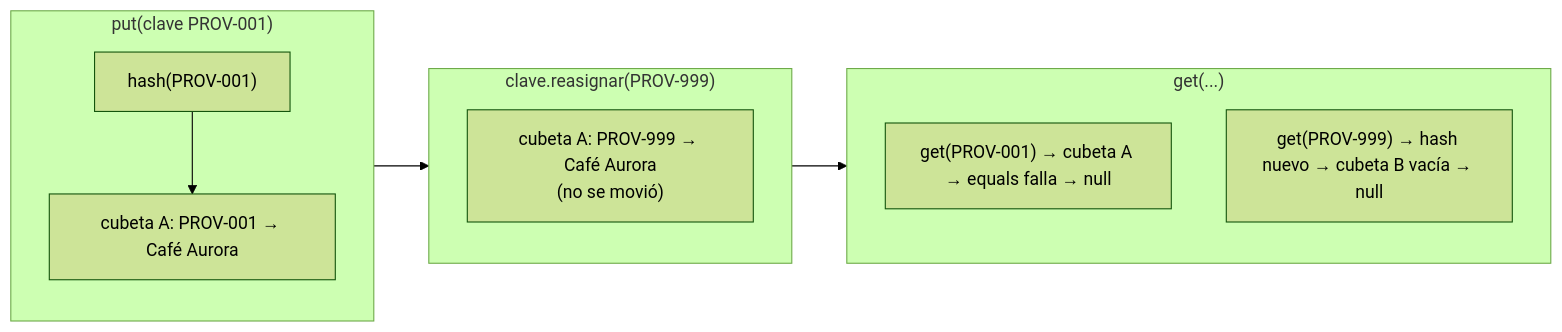
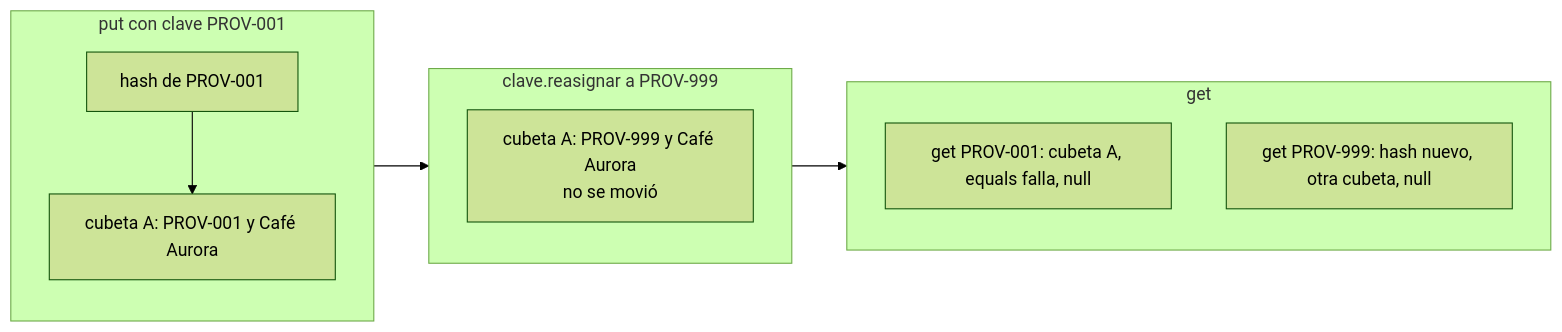
Before and after one commit to NICORUIZ93/The_Imperial_Book: the third of 6 diagrams in web/public/content/java/modulo-2.md, drawn with Mermaid (forest theme). The commit also changed other lines of this file and 65 other files, not shown here.

````diff
--- a/web/public/content/java/modulo-2.md
+++ b/web/public/content/java/modulo-2.md
@@ -804,14 +1023,14 @@
 ```mermaid
 flowchart LR
-  subgraph Antes["put(clave PROV-001)"]
-    H1["hash(PROV-001)"] --> B1["cubeta A: PROV-001 → Café Aurora"]
+  subgraph Antes["put con clave PROV-001"]
+    H1["hash de PROV-001"] --> B1["cubeta A: PROV-001 y Café Aurora"]
   end
-  subgraph Despues["clave.reasignar(PROV-999)"]
-    B2["cubeta A: PROV-999 → Café Aurora<br/>(no se movió)"]
+  subgraph Despues["clave.reasignar a PROV-999"]
+    B2["cubeta A: PROV-999 y Café Aurora<br/>no se movió"]
   end
-  subgraph Busqueda["get(...)"]
-    G1["get(PROV-001) → cubeta A → equals falla → null"]
-    G2["get(PROV-999) → hash nuevo → cubeta B vacía → null"]
+  subgraph Busqueda["get"]
+    G1["get PROV-001: cubeta A, equals falla, null"]
+    G2["get PROV-999: hash nuevo, otra cubeta, null"]
   end
   Antes --> Despues --> Busqueda
 ```
````
